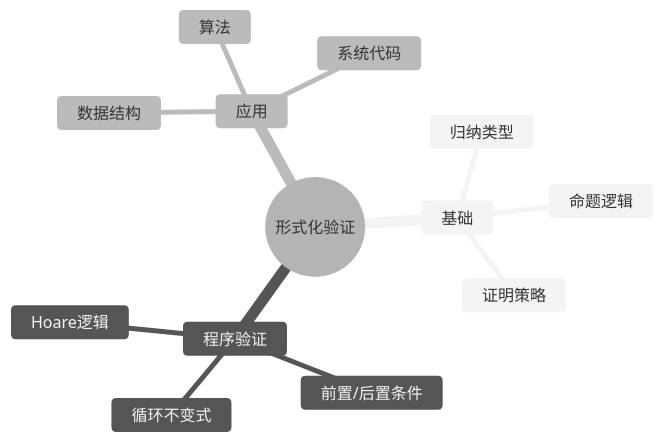
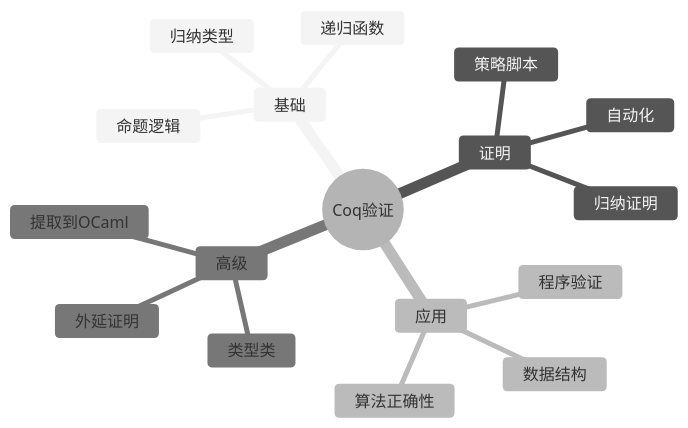
The diagram in knowledge/05_Deep_Structure_MetaPhysics/03_Verification_Energy/01_Coq_Verification.md (AdaMartin18010/C_Lang), drawn with Mermaid (neutral theme) before and after one commit. The commit also changed other lines of this file and 26 other files, not shown here.

````diff
--- a/knowledge/05_Deep_Structure_MetaPhysics/03_Verification_Energy/01_Coq_Verification.md
+++ b/knowledge/05_Deep_Structure_MetaPhysics/03_Verification_Energy/01_Coq_Verification.md
@@ -23,16 +23,20 @@
 ```mermaid
 mindmap
-  root((形式化验证))
+  root((Coq验证))
     基础
       归纳类型
+      递归函数
       命题逻辑
-      证明策略
-    程序验证
-      Hoare逻辑
-      前置/后置条件
-      循环不变式
+    证明
+      策略脚本
+      自动化
+      归纳证明
     应用
+      程序验证
       数据结构
-      算法
-      系统代码
+      算法正确性
+    高级
+      类型类
+      外延证明
+      提取到OCaml
 ```
````
